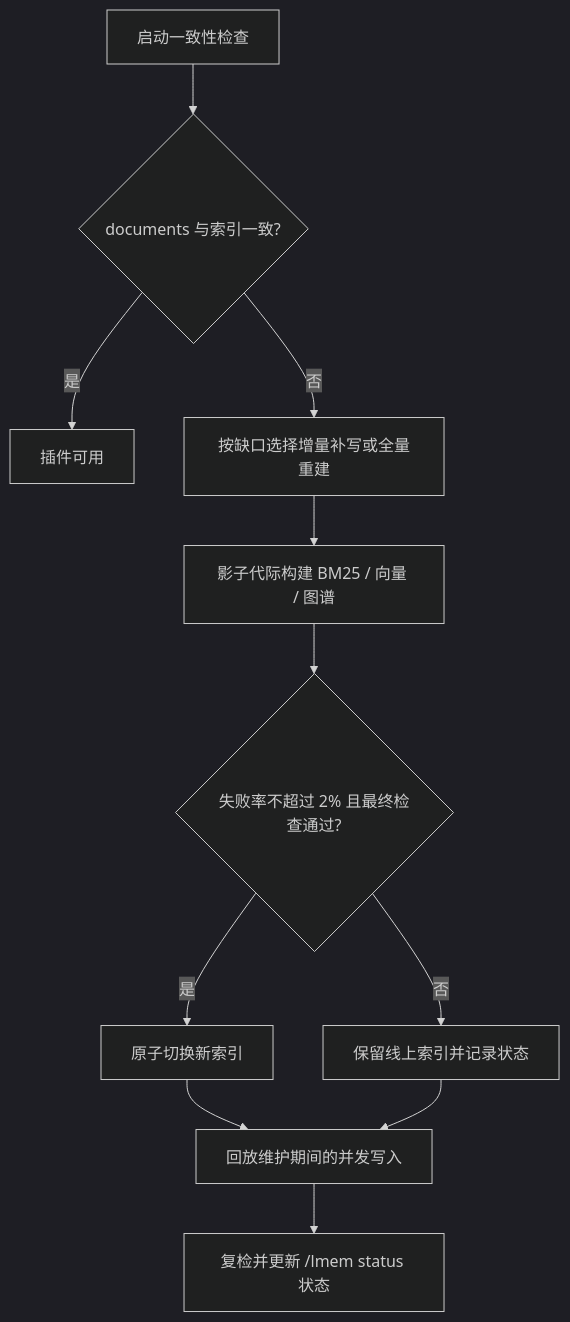
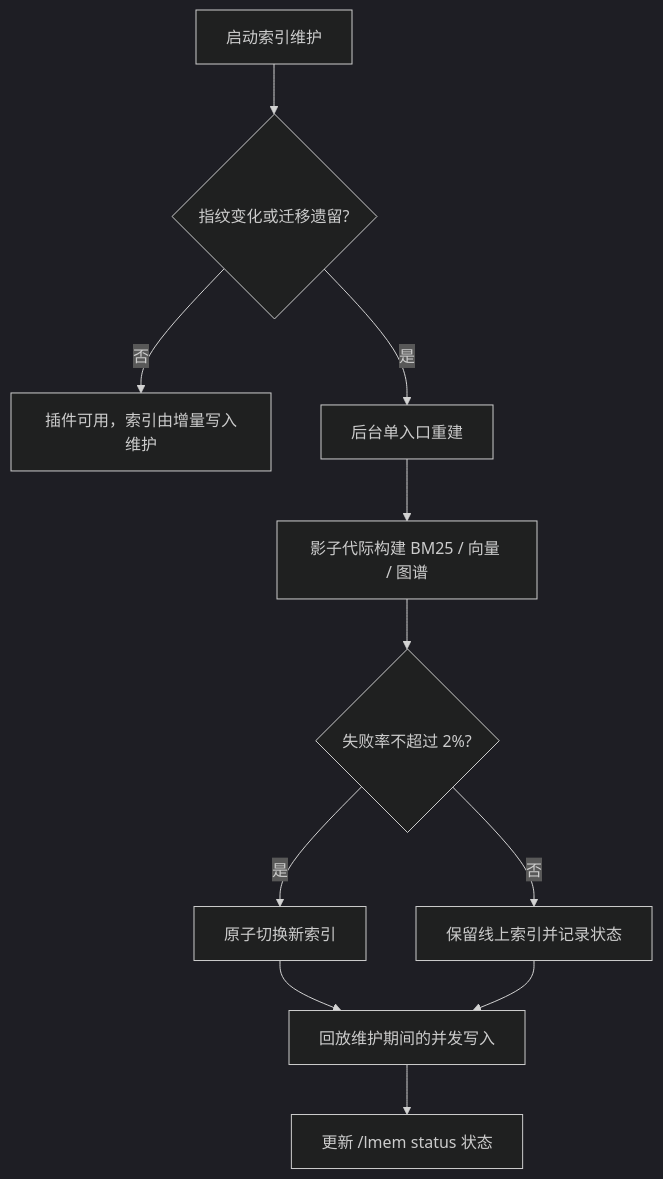
Before and after one commit to lxfight-s-Astrbot-Plugins/astrbot_plugin_livingmemory: the fourth of 4 diagrams in docs/architecture.md, drawn with Mermaid (dark theme). The commit also changed other lines of this file and 45 other files, not shown here.

````diff
--- a/docs/architecture.md
+++ b/docs/architecture.md
@@ -165,13 +165,13 @@
 ```mermaid
 flowchart TB
-    A["启动一致性检查"] --> B{"documents 与索引一致?"}
-    B -->|"是"| C["插件可用"]
-    B -->|"否"| D["按缺口选择增量补写或全量重建"]
+    A["启动索引维护"] --> B{"指纹变化或迁移遗留?"}
+    B -->|"否"| C["插件可用，索引由增量写入维护"]
+    B -->|"是"| D["后台单入口重建"]
     D --> E["影子代际构建 BM25 / 向量 / 图谱"]
-    E --> F{"失败率不超过 2% 且最终检查通过?"}
+    E --> F{"失败率不超过 2%?"}
     F -->|"是"| G["原子切换新索引"]
     F -->|"否"| H["保留线上索引并记录状态"]
     G --> I["回放维护期间的并发写入"]
     H --> I
-    I --> J["复检并更新 /lmem status 状态"]
+    I --> J["更新 /lmem status 状态"]
 ```
````
